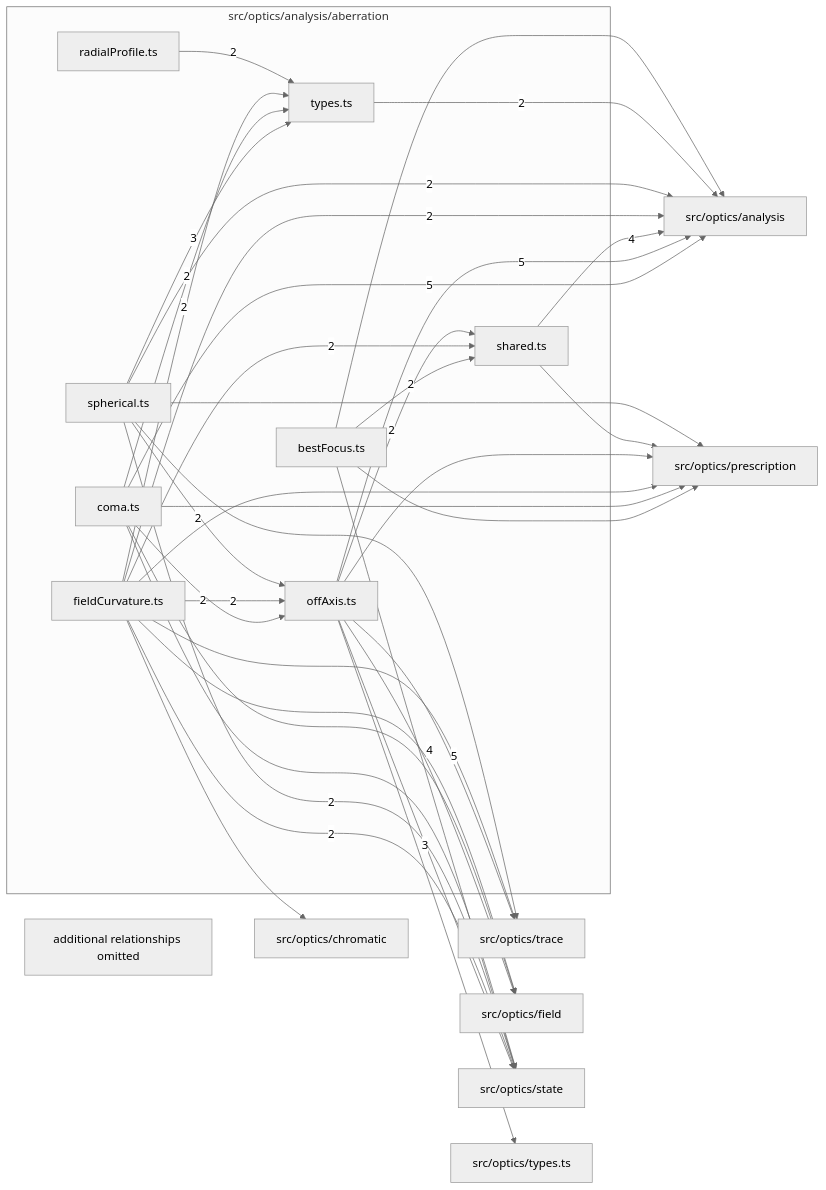
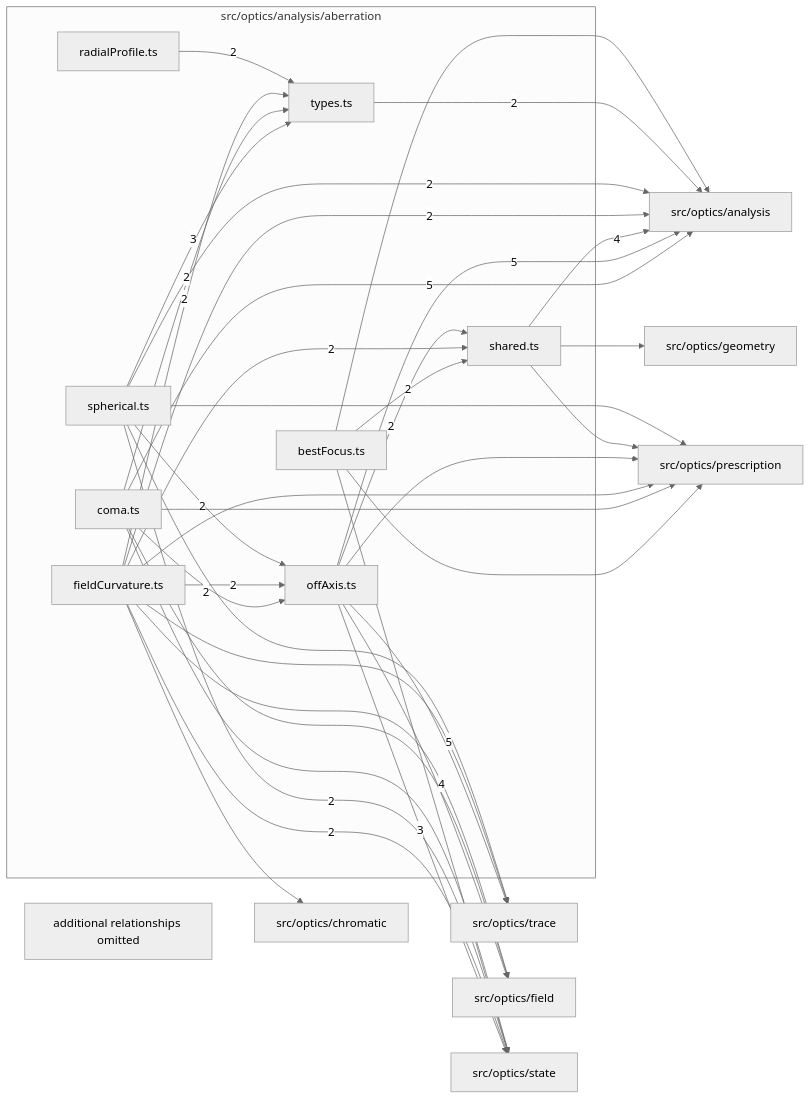
One commit to ronbuening/LensVisualizer changed the diagram in src/optics/analysis/aberration/readme.md. Above: the diagram before and after it, drawn with Mermaid (neutral theme). The commit also changed other lines of this file and 57 other files, not shown here.

````diff
--- a/src/optics/analysis/aberration/readme.md
+++ b/src/optics/analysis/aberration/readme.md
@@ -9,57 +9,57 @@
 ```mermaid
 flowchart LR
   subgraph n_src_optics_analysis_aberration["src/optics/analysis/aberration"]
     n_src_optics_analysis_aberration_src_optics_analysis_aberration_bestFocus_ts["bestFocus.ts"]
     n_src_optics_analysis_aberration_src_optics_analysis_aberration_coma_ts["coma.ts"]
     n_src_optics_analysis_aberration_src_optics_analysis_aberration_fieldCurvature_ts["fieldCurvature.ts"]
     n_src_optics_analysis_aberration_src_optics_analysis_aberration_offAxis_ts["offAxis.ts"]
     n_src_optics_analysis_aberration_src_optics_analysis_aberration_radialProfile_ts["radialProfile.ts"]
     n_src_optics_analysis_aberration_src_optics_analysis_aberration_shared_ts["shared.ts"]
     n_src_optics_analysis_aberration_src_optics_analysis_aberration_spherical_ts["spherical.ts"]
     n_src_optics_analysis_aberration_src_optics_analysis_aberration_types_ts["types.ts"]
   end
   n_external_src_optics_analysis["src/optics/analysis"]
   n_external_src_optics_trace["src/optics/trace"]
   n_external_src_optics_field["src/optics/field"]
   n_external_src_optics_state["src/optics/state"]
   n_external_src_optics_chromatic["src/optics/chromatic"]
+  n_external_src_optics_geometry["src/optics/geometry"]
   n_external_src_optics_prescription["src/optics/prescription"]
-  n_external_src_optics_types_ts["src/optics/types.ts"]
   n_src_optics_analysis_aberration_src_optics_analysis_aberration_coma_ts --> |5| n_external_src_optics_analysis
   n_src_optics_analysis_aberration_src_optics_analysis_aberration_offAxis_ts --> |5| n_external_src_optics_analysis
   n_src_optics_analysis_aberration_src_optics_analysis_aberration_offAxis_ts --> |5| n_external_src_optics_trace
   n_src_optics_analysis_aberration_src_optics_analysis_aberration_shared_ts --> |4| n_external_src_optics_analysis
   n_src_optics_analysis_aberration_src_optics_analysis_aberration_offAxis_ts --> |4| n_external_src_optics_field
   n_src_optics_analysis_aberration_src_optics_analysis_aberration_offAxis_ts --> |3| n_external_src_optics_state
   n_src_optics_analysis_aberration_src_optics_analysis_aberration_spherical_ts --> |3| n_src_optics_analysis_aberration_src_optics_analysis_aberration_types_ts
   n_src_optics_analysis_aberration_src_optics_analysis_aberration_fieldCurvature_ts --> |2| n_external_src_optics_analysis
   n_src_optics_analysis_aberration_src_optics_analysis_aberration_spherical_ts --> |2| n_external_src_optics_analysis
   n_src_optics_analysis_aberration_src_optics_analysis_aberration_types_ts --> |2| n_external_src_optics_analysis
   n_src_optics_analysis_aberration_src_optics_analysis_aberration_fieldCurvature_ts --> |2| n_external_src_optics_state
   n_src_optics_analysis_aberration_src_optics_analysis_aberration_spherical_ts --> |2| n_external_src_optics_state
   n_src_optics_analysis_aberration_src_optics_analysis_aberration_coma_ts --> |2| n_src_optics_analysis_aberration_src_optics_analysis_aberration_offAxis_ts
   n_src_optics_analysis_aberration_src_optics_analysis_aberration_fieldCurvature_ts --> |2| n_src_optics_analysis_aberration_src_optics_analysis_aberration_offAxis_ts
   n_src_optics_analysis_aberration_src_optics_analysis_aberration_spherical_ts --> |2| n_src_optics_analysis_aberration_src_optics_analysis_aberration_offAxis_ts
   n_src_optics_analysis_aberration_src_optics_analysis_aberration_bestFocus_ts --> |2| n_src_optics_analysis_aberration_src_optics_analysis_aberration_shared_ts
   n_src_optics_analysis_aberration_src_optics_analysis_aberration_fieldCurvature_ts --> |2| n_src_optics_analysis_aberration_src_optics_analysis_aberration_shared_ts
   n_src_optics_analysis_aberration_src_optics_analysis_aberration_offAxis_ts --> |2| n_src_optics_analysis_aberration_src_optics_analysis_aberration_shared_ts
   n_src_optics_analysis_aberration_src_optics_analysis_aberration_coma_ts --> |2| n_src_optics_analysis_aberration_src_optics_analysis_aberration_types_ts
   n_src_optics_analysis_aberration_src_optics_analysis_aberration_fieldCurvature_ts --> |2| n_src_optics_analysis_aberration_src_optics_analysis_aberration_types_ts
   n_src_optics_analysis_aberration_src_optics_analysis_aberration_radialProfile_ts --> |2| n_src_optics_analysis_aberration_src_optics_analysis_aberration_types_ts
   n_src_optics_analysis_aberration_src_optics_analysis_aberration_bestFocus_ts --> n_external_src_optics_analysis
   n_src_optics_analysis_aberration_src_optics_analysis_aberration_fieldCurvature_ts --> n_external_src_optics_chromatic
   n_src_optics_analysis_aberration_src_optics_analysis_aberration_coma_ts --> n_external_src_optics_field
   n_src_optics_analysis_aberration_src_optics_analysis_aberration_fieldCurvature_ts --> n_external_src_optics_field
+  n_src_optics_analysis_aberration_src_optics_analysis_aberration_shared_ts --> n_external_src_optics_geometry
   n_src_optics_analysis_aberration_src_optics_analysis_aberration_bestFocus_ts --> n_external_src_optics_prescription
   n_src_optics_analysis_aberration_src_optics_analysis_aberration_coma_ts --> n_external_src_optics_prescription
   n_src_optics_analysis_aberration_src_optics_analysis_aberration_fieldCurvature_ts --> n_external_src_optics_prescription
   n_src_optics_analysis_aberration_src_optics_analysis_aberration_offAxis_ts --> n_external_src_optics_prescription
   n_src_optics_analysis_aberration_src_optics_analysis_aberration_shared_ts --> n_external_src_optics_prescription
   n_src_optics_analysis_aberration_src_optics_analysis_aberration_spherical_ts --> n_external_src_optics_prescription
   n_src_optics_analysis_aberration_src_optics_analysis_aberration_bestFocus_ts --> n_external_src_optics_state
   n_src_optics_analysis_aberration_src_optics_analysis_aberration_coma_ts --> n_external_src_optics_state
   n_src_optics_analysis_aberration_src_optics_analysis_aberration_fieldCurvature_ts --> n_external_src_optics_trace
   n_src_optics_analysis_aberration_src_optics_analysis_aberration_spherical_ts --> n_external_src_optics_trace
-  n_src_optics_analysis_aberration_src_optics_analysis_aberration_offAxis_ts --> n_external_src_optics_types_ts
   n_src_optics_analysis_aberration_truncated["additional relationships omitted"]
 ```
````
